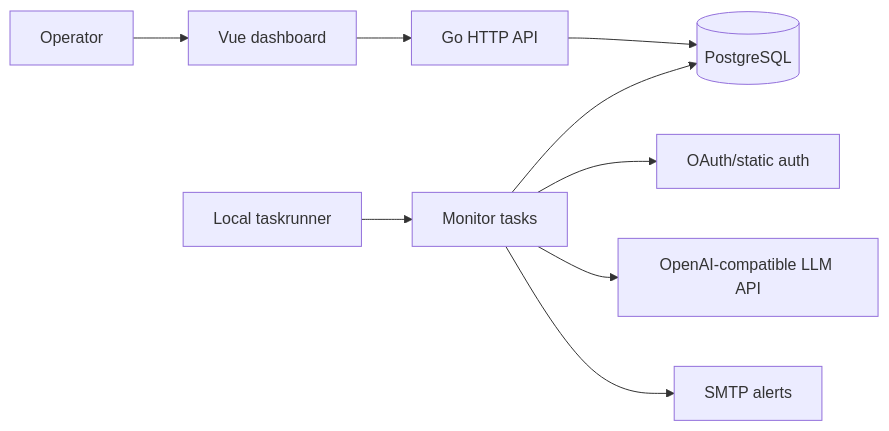
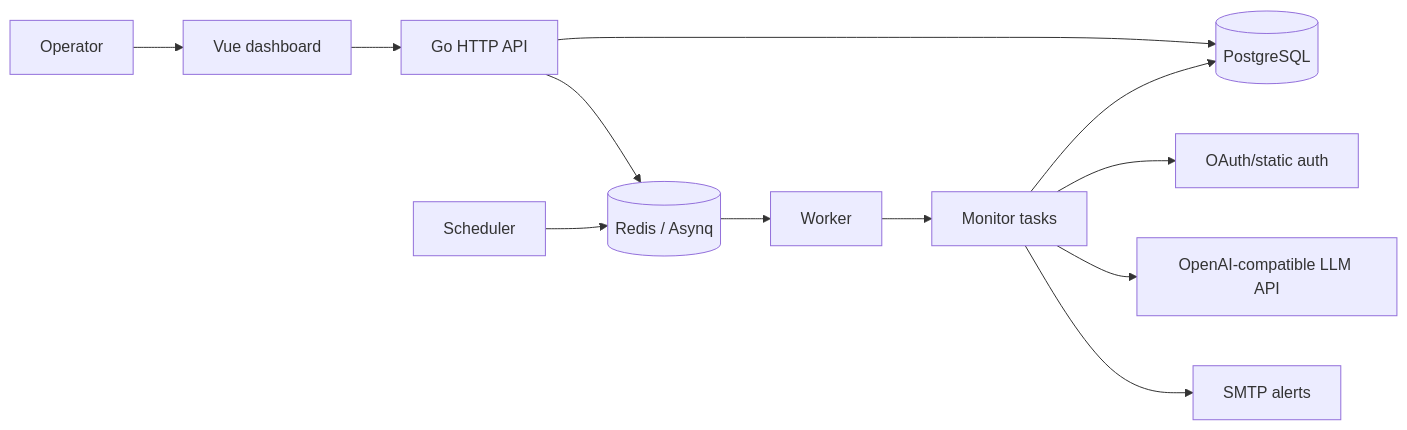
The diagram in docs/architecture.md (thomas-illiet/llm-monitor), drawn with Mermaid before and after one commit. The commit also changed other lines of this file and 53 other files, not shown here.

````diff
--- a/docs/architecture.md
+++ b/docs/architecture.md
@@ -9,11 +12,14 @@
 ```mermaid
 flowchart LR
   Operator["Operator"] --> UI["Vue dashboard"]
   UI --> API["Go HTTP API"]
   API --> DB[("PostgreSQL")]
-  Runner["Local taskrunner"] --> Tasks["Monitor tasks"]
+  API --> Redis[("Redis / Asynq")]
+  Scheduler["Scheduler"] --> Redis
+  Redis --> Worker["Worker"]
+  Worker --> Tasks["Monitor tasks"]
   Tasks --> Auth["OAuth/static auth"]
   Tasks --> LLM["OpenAI-compatible LLM API"]
   Tasks --> DB
   Tasks --> SMTP["SMTP alerts"]
 ```
````
